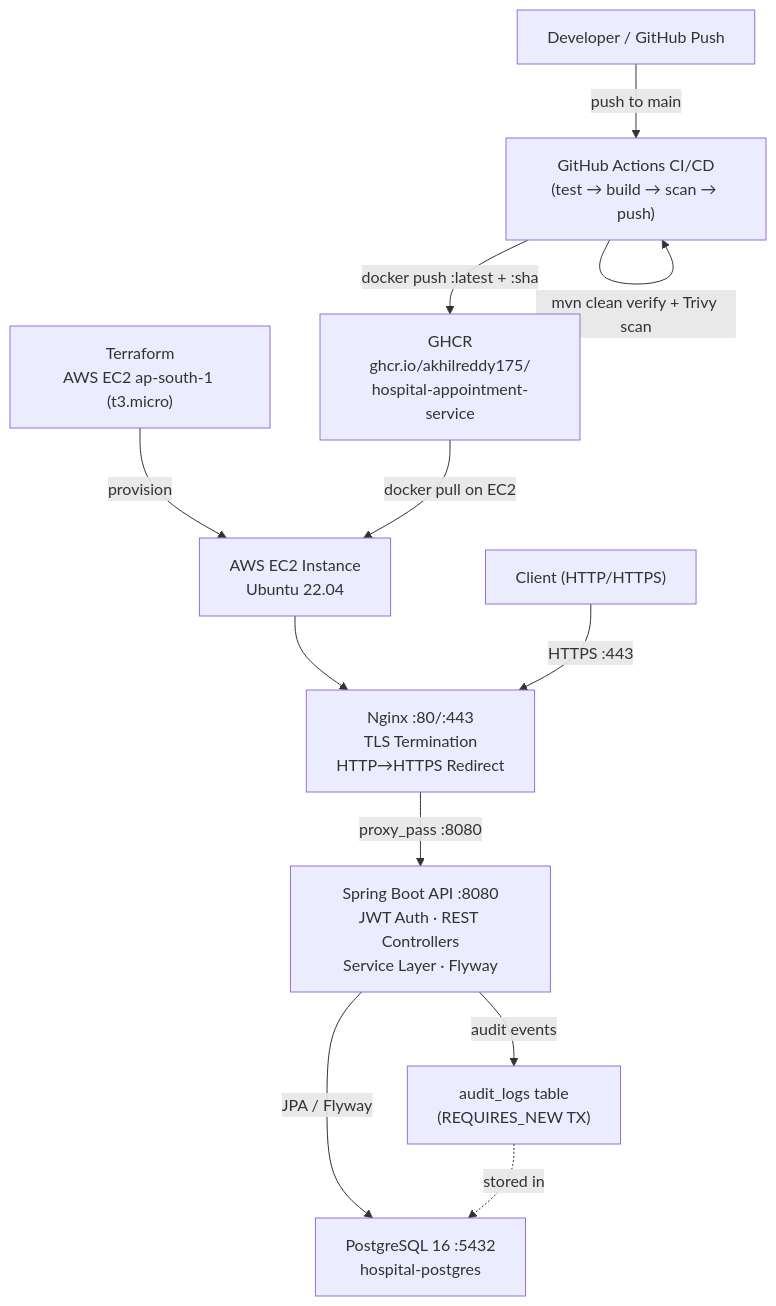
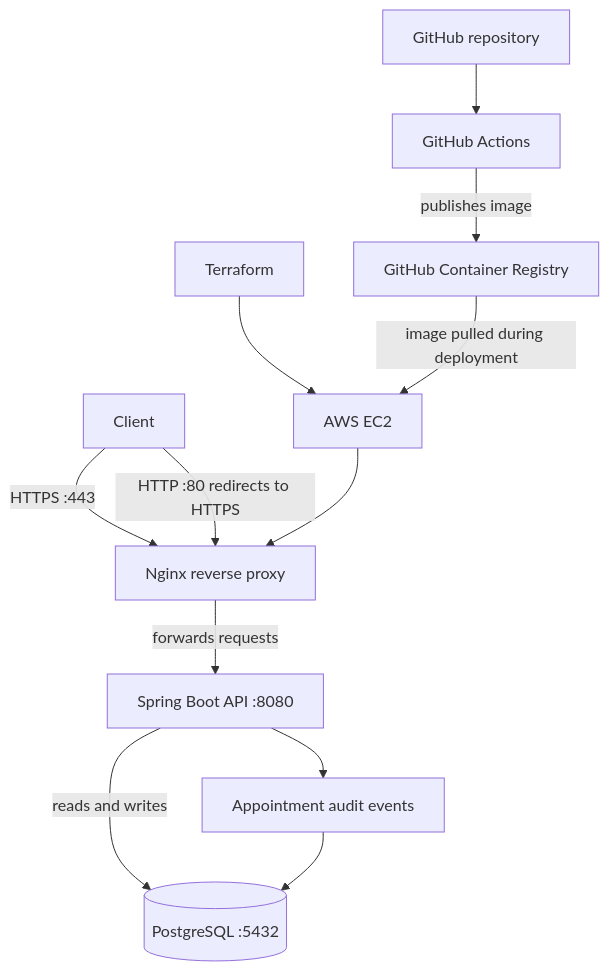
The diagram in README.md (Akhilreddy175/Hospital-Management-Platform), drawn with Mermaid before and after one commit. The commit also changed other lines of this file and 9 other files, not shown here.

````diff
--- a/README.md
+++ b/README.md
@@ -40,26 +39,14 @@
 ```mermaid
 flowchart TD
-    DEV["Developer / GitHub Push"]
-    GHA["GitHub Actions CI/CD\n(test → build → scan → push)"]
-    GHCR["GHCR\nghcr.io/akhilreddy175/\nhospital-appointment-service"]
-    TF["Terraform\nAWS EC2 ap-south-1 (t3.micro)"]
-    EC2["AWS EC2 Instance\nUbuntu 22.04"]
-
-    CLIENT["Client (HTTP/HTTPS)"]
-    NGINX["Nginx :80/:443\nTLS Termination\nHTTP→HTTPS Redirect"]
-    API["Spring Boot API :8080\nJWT Auth · REST Controllers\nService Layer · Flyway"]
-    PG["PostgreSQL 16 :5432\nhospital-postgres"]
-    AUDIT["audit_logs table\n(REQUIRES_NEW TX)"]
-
-    DEV -->|push to main| GHA
-    GHA -->|mvn clean verify + Trivy scan| GHA
-    GHA -->|docker push :latest + :sha| GHCR
-    TF -->|provision| EC2
-    GHCR -->|docker pull on EC2| EC2
-    EC2 --> NGINX
-    CLIENT -->|HTTPS :443| NGINX
-    NGINX -->|proxy_pass :8080| API
-    API -->|JPA / Flyway| PG
-    API -->|audit events| AUDIT
-    AUDIT -.->|stored in| PG
+    Client[Client] -->|HTTPS :443| Nginx[Nginx reverse proxy]
+    Client -->|HTTP :80 redirects to HTTPS| Nginx
+    Nginx -->|forwards requests| API[Spring Boot API :8080]
+    API -->|reads and writes| DB[(PostgreSQL :5432)]
+    API --> Audit[Appointment audit events]
+    Audit --> DB
+    GitHub[GitHub repository] --> Actions[GitHub Actions]
+    Actions -->|publishes image| GHCR[GitHub Container Registry]
+    Terraform[Terraform] --> EC2[AWS EC2]
+    GHCR -->|image pulled during deployment| EC2
+    EC2 --> Nginx
 ```
````
